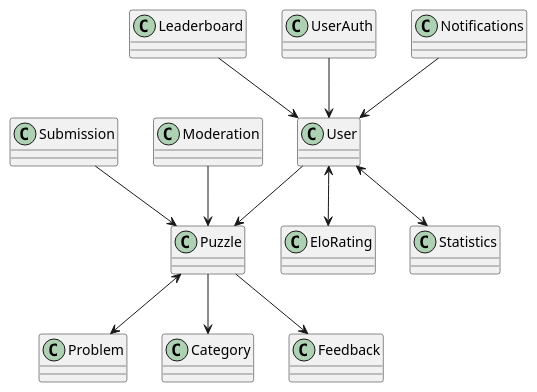
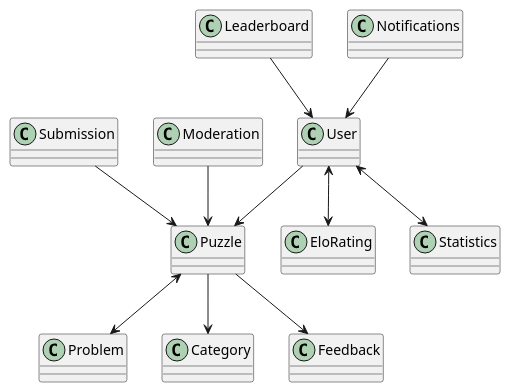
One commit to duartecaldascardoso/Coding.com changed the diagram in SpringBootApplication/codingpuzzles-backend/SoftwareDesign/ClassDiagram.puml. Above: the diagram before and after it, drawn with PlantUML.

Commit message:
changing the class diagram

```diff
--- a/SpringBootApplication/codingpuzzles-backend/SoftwareDesign/ClassDiagram.puml
+++ b/SpringBootApplication/codingpuzzles-backend/SoftwareDesign/ClassDiagram.puml
@@ -2,29 +2,27 @@
 @startuml
 'https://plantuml.com/class-diagram
 
 class Puzzle
 class User
 class EloRating
 class Problem
 class Submission
 class Leaderboard
-class UserAuth
 class Category
 class Notifications
 class Feedback
 class Moderation
 class Statistics
 
 Puzzle <--> Problem
 User <--> EloRating
 User <--> Statistics
 Puzzle --> Category
 Puzzle --> Feedback
-UserAuth --> User
 Leaderboard --> User
 Moderation --> Puzzle
 Submission --> Puzzle
 Notifications --> User
 User --> Puzzle
 
 @enduml
```
